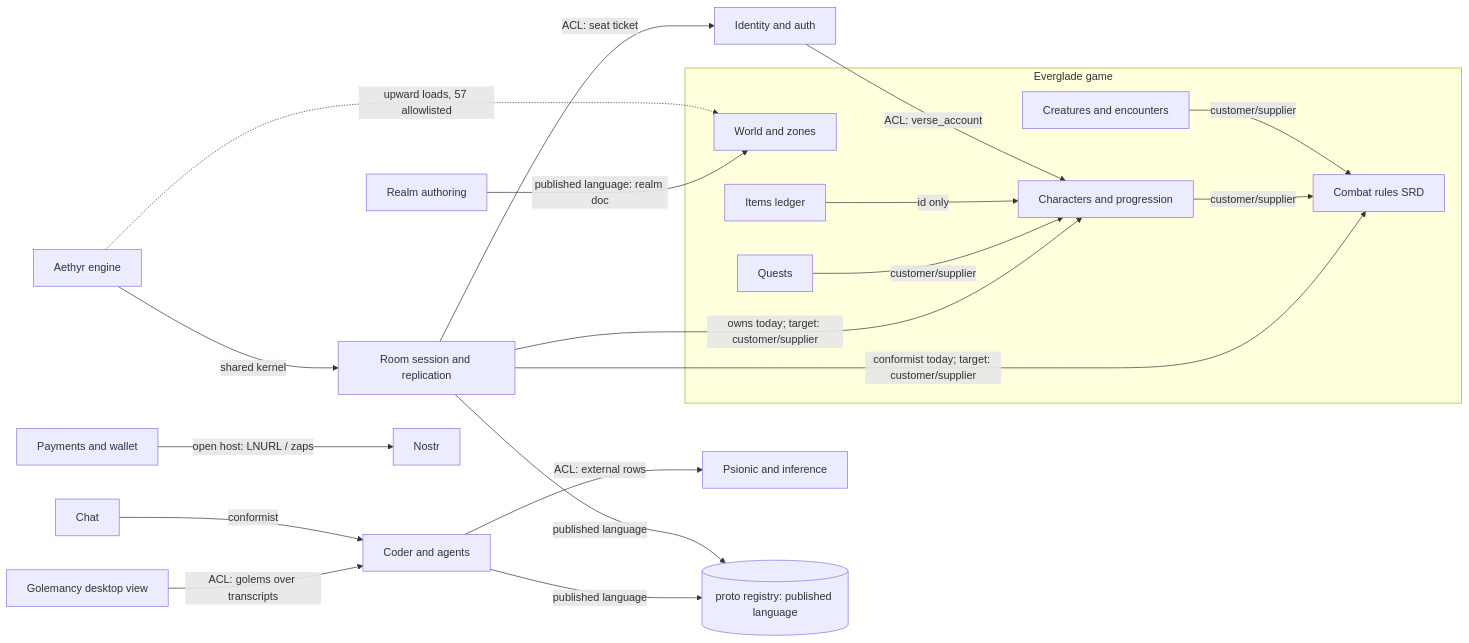
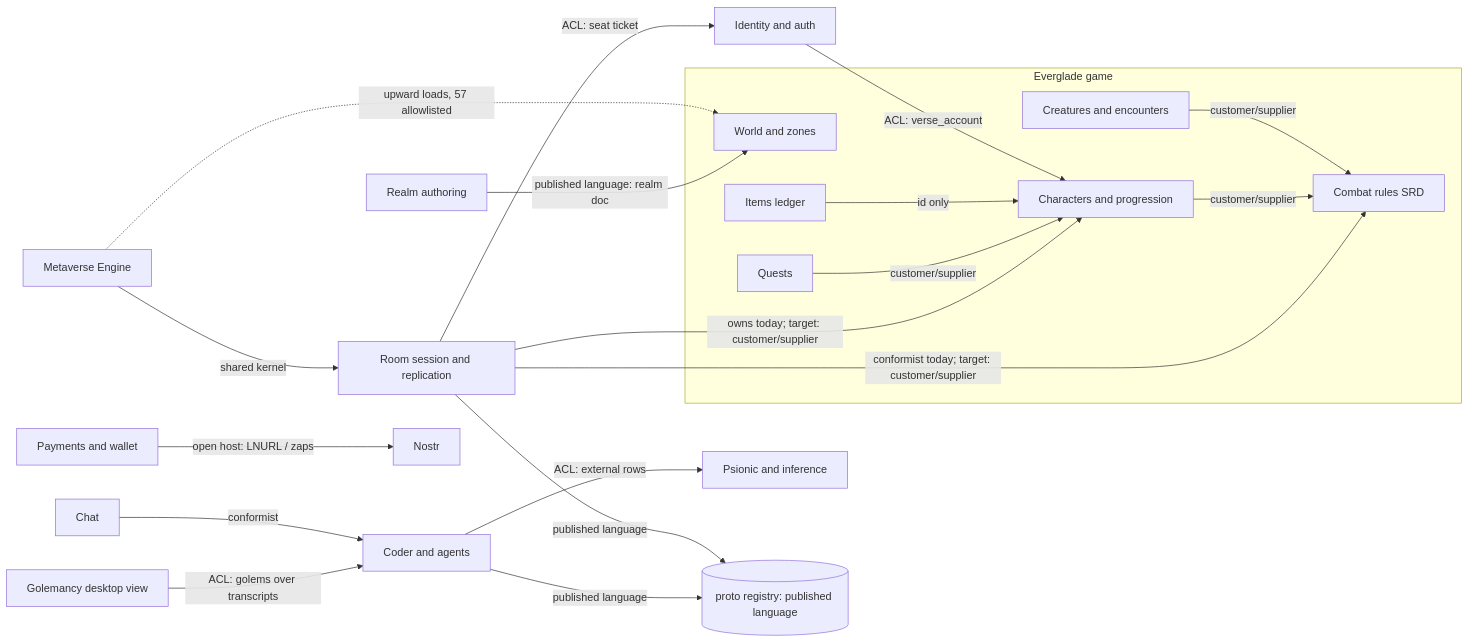
Before and after one commit to OpenAgentsInc/openagents: the diagram in docs/architecture/contexts.md, drawn with Mermaid. The commit also changed other lines of this file and 414 other files, not shown here.

````diff
--- a/docs/architecture/contexts.md
+++ b/docs/architecture/contexts.md
@@ -54,40 +54,40 @@
 ```mermaid
 flowchart LR
   subgraph Everglade[Everglade game]
     RULES[Combat rules SRD]
     CHAR[Characters and progression]
     WORLD[World and zones]
     CREAT[Creatures and encounters]
     ITEMS[Items ledger]
     QUEST[Quests]
   end
   ROOM[Room session and replication]
-  ENGINE[Aethyr engine]
+  ENGINE[Metaverse Engine]
   AUTHOR[Realm authoring]
   AUTH[Identity and auth]
   PAY[Payments and wallet]
   CODER[Coder and agents]
   GOLEM[Golemancy desktop view]
   CHAT[Chat]
   NOSTR[Nostr]
   PSI[Psionic and inference]
   PROTO[(proto registry: published language)]
 
   ROOM -- conformist today; target: customer/supplier --> RULES
   ROOM -- owns today; target: customer/supplier --> CHAR
   CHAR -- customer/supplier --> RULES
   CREAT -- customer/supplier --> RULES
   QUEST -- customer/supplier --> CHAR
   ITEMS -- id only --> CHAR
   ROOM -- ACL: seat ticket --> AUTH
   AUTH -- ACL: verse_account --> CHAR
   AUTHOR -- published language: realm doc --> WORLD
   ENGINE -- shared kernel --> ROOM
   ENGINE -. upward loads, 57 allowlisted .-> WORLD
   PAY -- open host: LNURL / zaps --> NOSTR
   CODER -- ACL: external rows --> PSI
   GOLEM -- ACL: golems over transcripts --> CODER
   CHAT -- conformist --> CODER
   CODER -- published language --> PROTO
   ROOM -- published language --> PROTO
 ```
````
